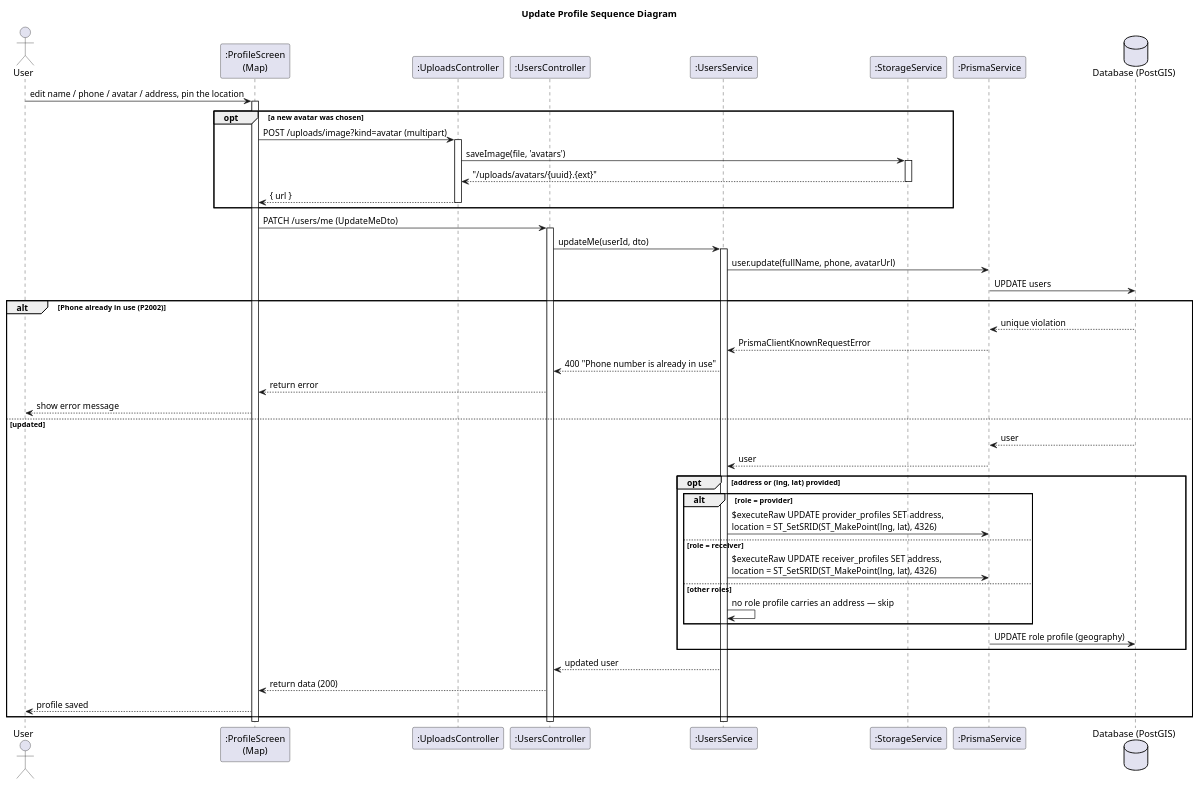
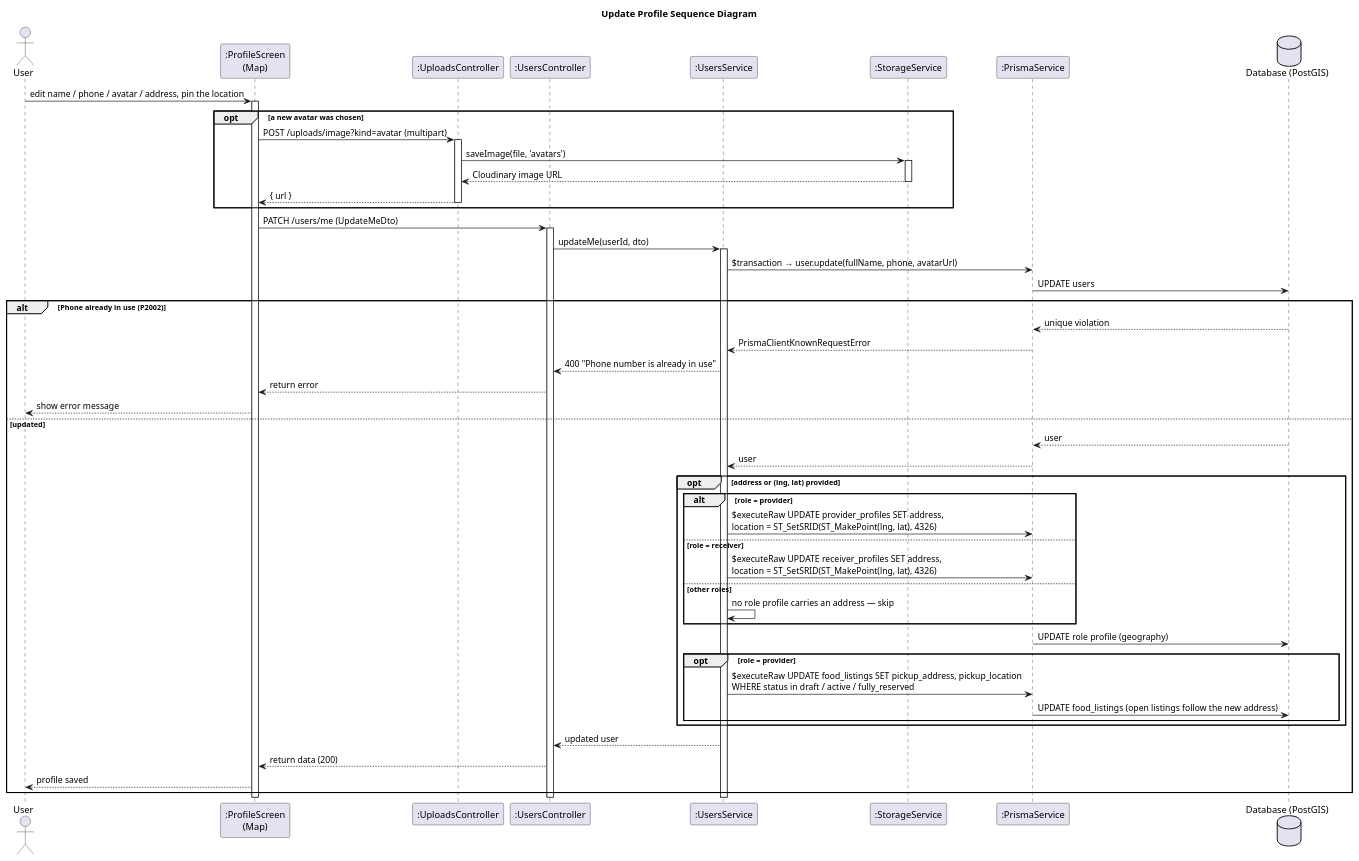
One commit to trimikey/Capstone_FoodResQ_Web changed the second of 6 diagrams in docs/diagrams/seq-users.puml. Above: the diagram before and after it, drawn with PlantUML. The commit also changed other lines of this file and 23 other files, not shown here.

First line of the commit message:
docs(diagrams): cap nhat sequence + class diagram theo code hien tai, bo chu thich

```diff
--- a/docs/diagrams/seq-users.puml
+++ b/docs/diagrams/seq-users.puml
@@ -83,57 +75,61 @@
 @startuml seq-user-update-profile
 title Update Profile Sequence Diagram
 
 actor "User" as User
 participant ":ProfileScreen\n(Map)" as Screen
 participant ":UploadsController" as Upload
 participant ":UsersController" as Ctrl
 participant ":UsersService" as Svc
 participant ":StorageService" as Storage
 participant ":PrismaService" as Repo
 database "Database (PostGIS)" as DB
 
 User -> Screen : edit name / phone / avatar / address, pin the location
 activate Screen
 opt a new avatar was chosen
   Screen -> Upload : POST /uploads/image?kind=avatar (multipart)
   activate Upload
   Upload -> Storage : saveImage(file, 'avatars')
   activate Storage
-  Storage --> Upload : "/uploads/avatars/{uuid}.{ext}"
+  Storage --> Upload : Cloudinary image URL
   deactivate Storage
   Upload --> Screen : { url }
   deactivate Upload
 end
 Screen -> Ctrl : PATCH /users/me (UpdateMeDto)
 activate Ctrl
 Ctrl -> Svc : updateMe(userId, dto)
 activate Svc
-Svc -> Repo : user.update(fullName, phone, avatarUrl)
+Svc -> Repo : $transaction → user.update(fullName, phone, avatarUrl)
 Repo -> DB : UPDATE users
 alt Phone already in use (P2002)
   DB --> Repo : unique violation
   Repo --> Svc : PrismaClientKnownRequestError
   Svc --> Ctrl : 400 "Phone number is already in use"
   Ctrl --> Screen : return error
   Screen --> User : show error message
 else updated
   DB --> Repo : user
   Repo --> Svc : user
   opt address or (lng, lat) provided
     alt role = provider
       Svc -> Repo : $executeRaw UPDATE provider_profiles SET address,\nlocation = ST_SetSRID(ST_MakePoint(lng, lat), 4326)
     else role = receiver
       Svc -> Repo : $executeRaw UPDATE receiver_profiles SET address,\nlocation = ST_SetSRID(ST_MakePoint(lng, lat), 4326)
     else other roles
       Svc -> Svc : no role profile carries an address — skip
     end
     Repo -> DB : UPDATE role profile (geography)
+    opt role = provider
+      Svc -> Repo : $executeRaw UPDATE food_listings SET pickup_address, pickup_location\nWHERE status in draft / active / fully_reserved
+      Repo -> DB : UPDATE food_listings (open listings follow the new address)
+    end
   end
   Svc --> Ctrl : updated user
   Ctrl --> Screen : return data (200)
   Screen --> User : profile saved
 end
 deactivate Svc
 deactivate Ctrl
 deactivate Screen
 @enduml
```
